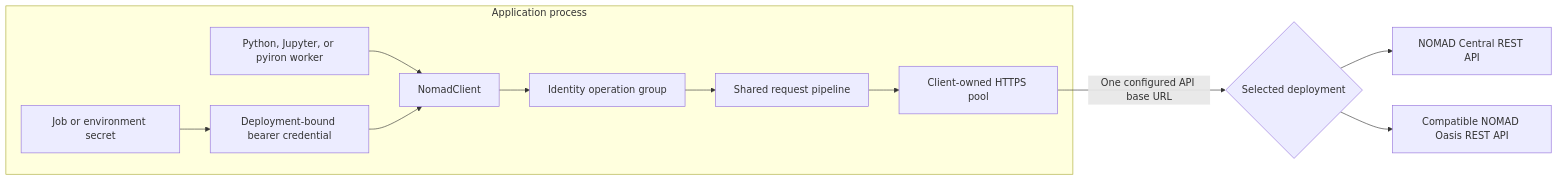
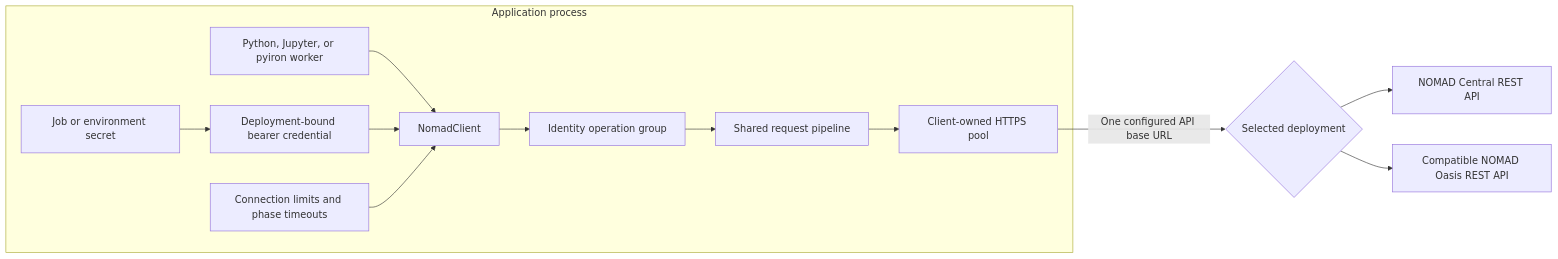
One commit to FAIRmat-NFDI/nomad-python-api changed the diagram in docs/dev/architecture/index.md. Above: the diagram before and after it, drawn with Mermaid. The commit also changed other lines of this file and 14 other files, not shown here.

First line of the commit message:
feat(client): configure connection pools and network timeouts

````diff
--- a/docs/dev/architecture/index.md
+++ b/docs/dev/architecture/index.md
@@ -7,15 +7,16 @@
 ```mermaid
 flowchart LR
     subgraph Process["Application process"]
         Caller["Python, Jupyter, or pyiron worker"] --> Client["NomadClient"]
         Secret["Job or environment secret"] --> Credential["Deployment-bound bearer credential"]
         Credential --> Client
+        Settings["Connection limits and phase timeouts"] --> Client
         Client --> Group["Identity operation group"]
         Group --> Pipeline["Shared request pipeline"]
         Pipeline --> Pool["Client-owned HTTPS pool"]
     end
 
     Pool -->|"One configured API base URL"| Endpoint{"Selected deployment"}
     Endpoint --> Central["NOMAD Central REST API"]
     Endpoint --> Oasis["Compatible NOMAD Oasis REST API"]
 ```
````
